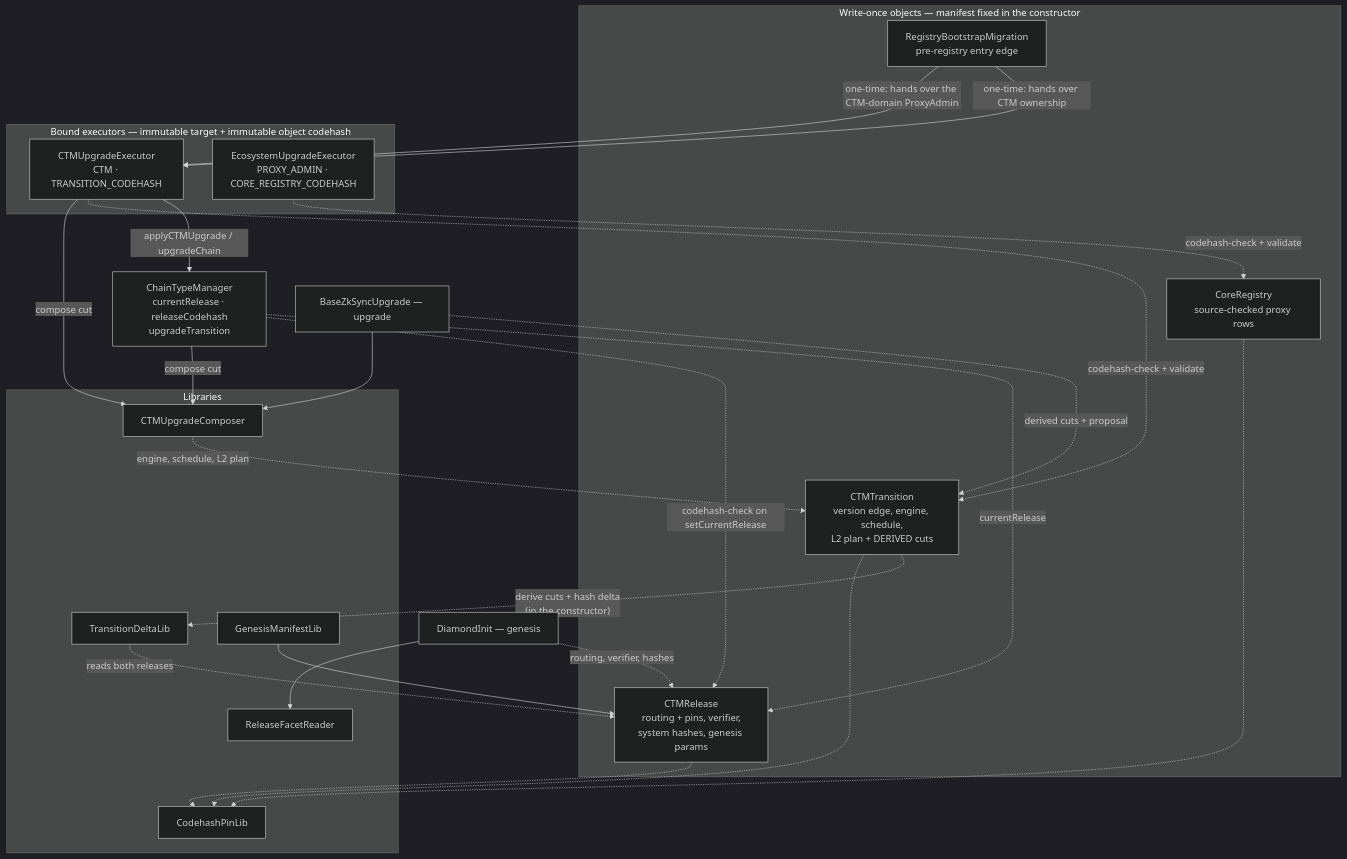
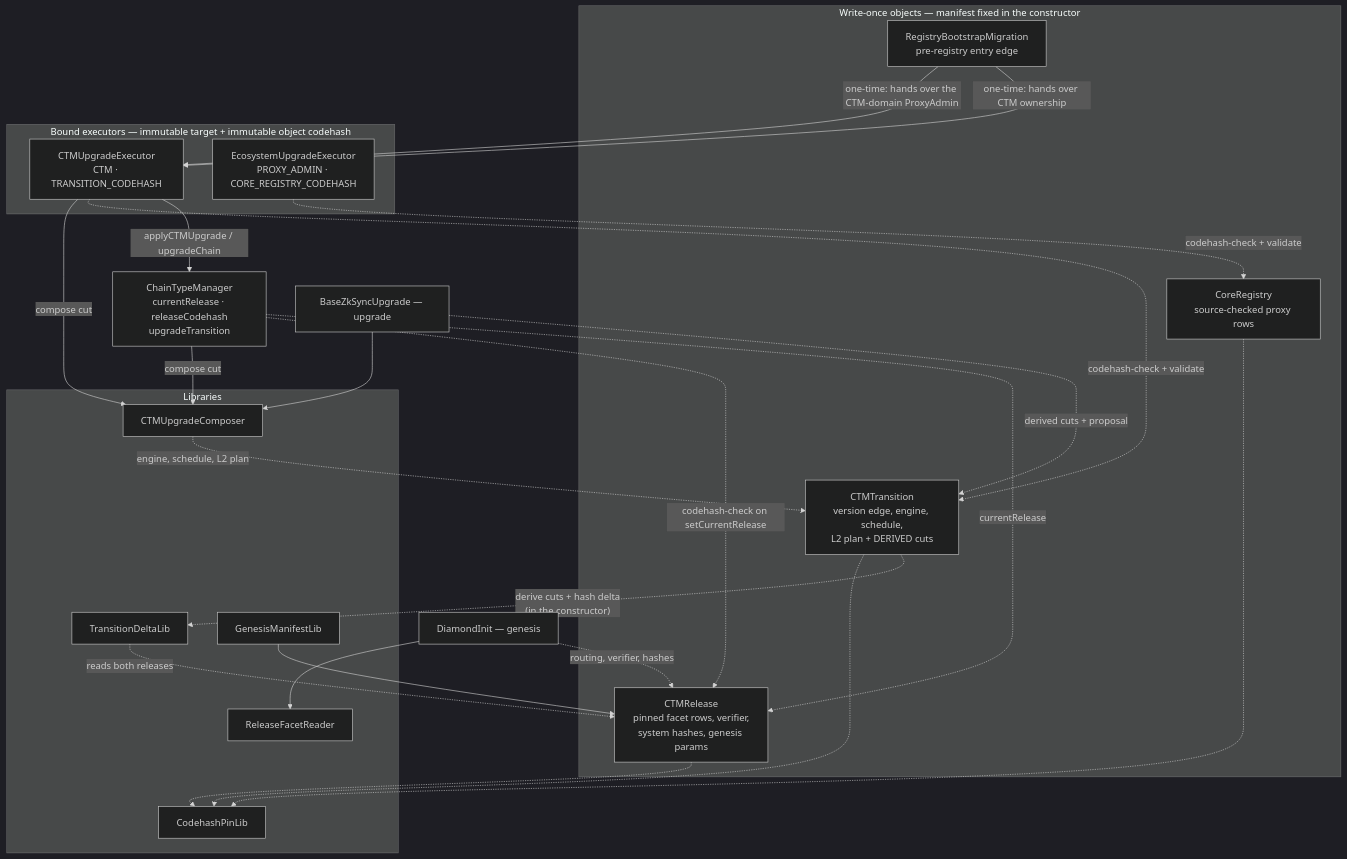
One commit to matter-labs/era-contracts changed the first of 3 diagrams in docs/registry-driven-upgrades.md. Above: the diagram before and after it, drawn with Mermaid (dark theme). The commit also changed other lines of this file, not shown here.

Commit message:
docs: routing is facet-self-described, not release-owned

````diff
--- a/docs/registry-driven-upgrades.md
+++ b/docs/registry-driven-upgrades.md
@@ -53,51 +53,51 @@
 ```mermaid
 flowchart TB
     subgraph obj["Write-once objects — manifest fixed in the constructor"]
-      REL["CTMRelease<br/>routing + pins, verifier,<br/>system hashes, genesis params"]
+      REL["CTMRelease<br/>pinned facet rows, verifier,<br/>system hashes, genesis params"]
       TRA["CTMTransition<br/>version edge, engine, schedule,<br/>L2 plan + DERIVED cuts"]
       CR["CoreRegistry<br/>source-checked proxy rows"]
       BOOT["RegistryBootstrapMigration<br/>pre-registry entry edge"]
     end
 
     subgraph exe["Bound executors — immutable target + immutable object codehash"]
       CE["CTMUpgradeExecutor<br/>CTM · TRANSITION_CODEHASH"]
       EE["EcosystemUpgradeExecutor<br/>PROXY_ADMIN · CORE_REGISTRY_CODEHASH"]
     end
 
     subgraph lib["Libraries"]
       TDL["TransitionDeltaLib"]
       RFR["ReleaseFacetReader"]
       CUC["CTMUpgradeComposer"]
       GML["GenesisManifestLib"]
       CPL["CodehashPinLib"]
     end
 
     CTM["ChainTypeManager<br/>currentRelease · releaseCodehash<br/>upgradeTransition"]
     DI["DiamondInit — genesis"]
     BZU["BaseZkSyncUpgrade — upgrade"]
 
     GML --> REL
     TRA -. "derive cuts + hash delta<br/>(in the constructor)" .-> TDL
     TDL -. "reads both releases" .-> REL
 
     CE -- "applyCTMUpgrade / upgradeChain" --> CTM
     CE -. "codehash-check + validate" .-> TRA
     EE -. "codehash-check + validate" .-> CR
     BOOT -- "one-time: hands over CTM ownership" --> CE
     BOOT -- "one-time: hands over the CTM-domain ProxyAdmin" --> CE
 
     CTM -. currentRelease .-> REL
     CTM -. "codehash-check on setCurrentRelease" .-> REL
     CTM -- "compose cut" --> CUC
     CE -- "compose cut" --> CUC
     CUC -. "engine, schedule, L2 plan" .-> TRA
 
     DI -. "routing, verifier, hashes" .-> REL
     DI --> RFR
     BZU -. "derived cuts + proposal" .-> TRA
     BZU --> CUC
 
     REL -.-> CPL
     TRA -.-> CPL
     CR -.-> CPL
 ```
````
